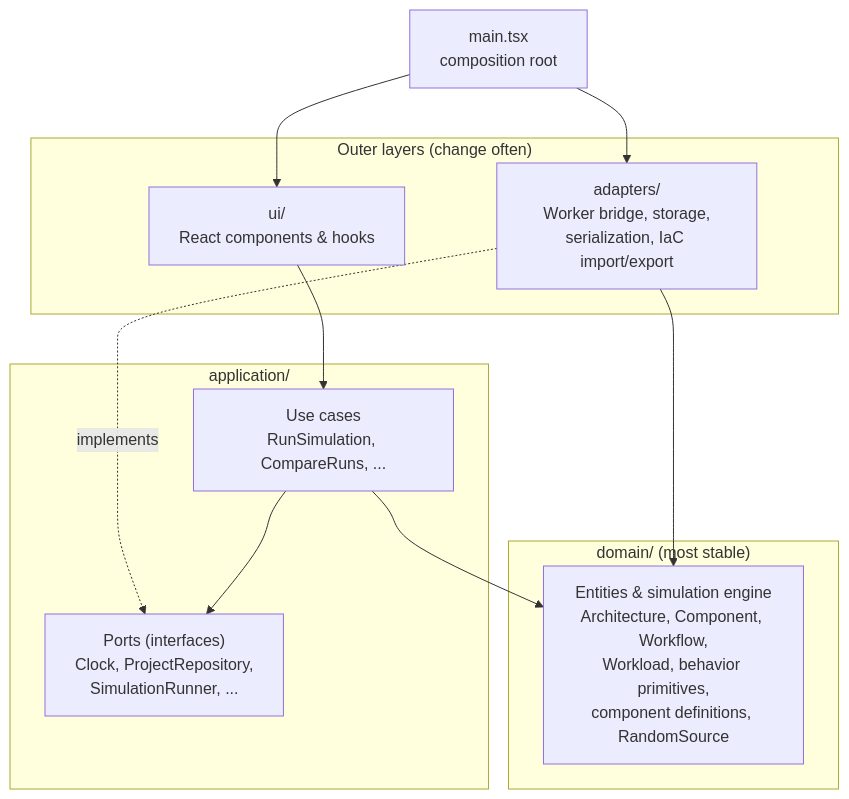
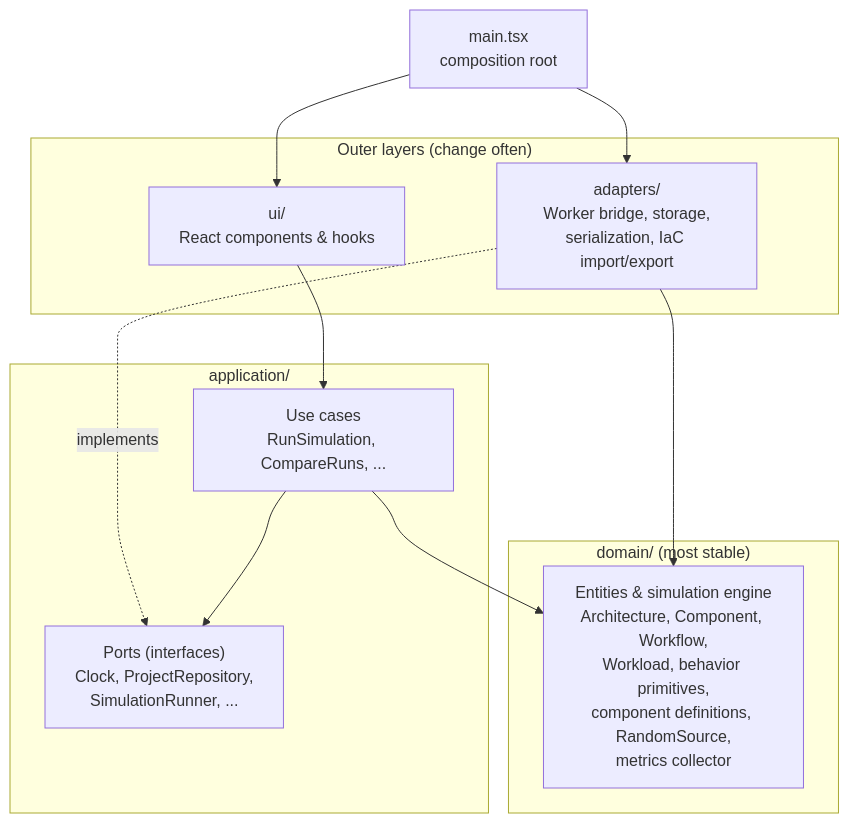
One commit to alanbickel/wind-tunnel changed the second of 3 diagrams in docs/architecture/README.md. Above: the diagram before and after it, drawn with Mermaid. The commit also changed other lines of this file and 23 other files, not shown here.

Commit message:
feat(domain): add metrics collector with engine ticks, latency histograms, and per-second snapshots

````diff
--- a/docs/architecture/README.md
+++ b/docs/architecture/README.md
@@ -40,22 +40,22 @@
 ```mermaid
 flowchart TB
     subgraph outer["Outer layers (change often)"]
         UI["ui/<br/>React components & hooks"]
         AD["adapters/<br/>Worker bridge, storage,<br/>serialization, IaC import/export"]
     end
     subgraph app["application/"]
         UC["Use cases<br/>RunSimulation, CompareRuns, ..."]
         P["Ports (interfaces)<br/>Clock, ProjectRepository,<br/>SimulationRunner, ..."]
     end
     subgraph dom["domain/ (most stable)"]
-        D["Entities & simulation engine<br/>Architecture, Component, Workflow,<br/>Workload, behavior primitives,<br/>component definitions, RandomSource"]
+        D["Entities & simulation engine<br/>Architecture, Component, Workflow,<br/>Workload, behavior primitives,<br/>component definitions, RandomSource,<br/>metrics collector"]
     end
 
     UI --> UC
     AD -.->|implements| P
     UC --> P
     UC --> D
     AD --> D
     MAIN["main.tsx<br/>composition root"] --> UI
     MAIN --> AD
 ```
````
